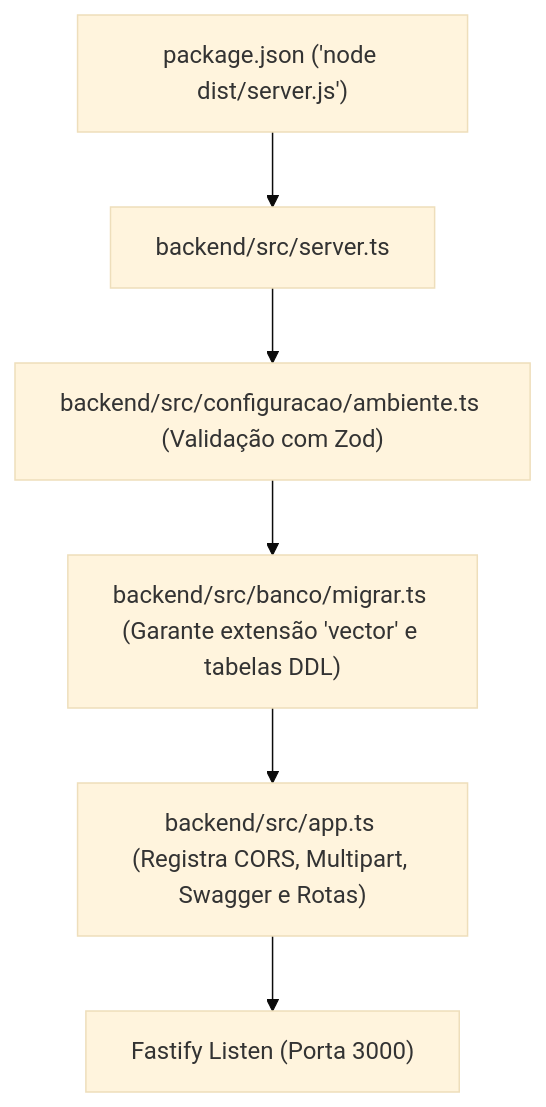
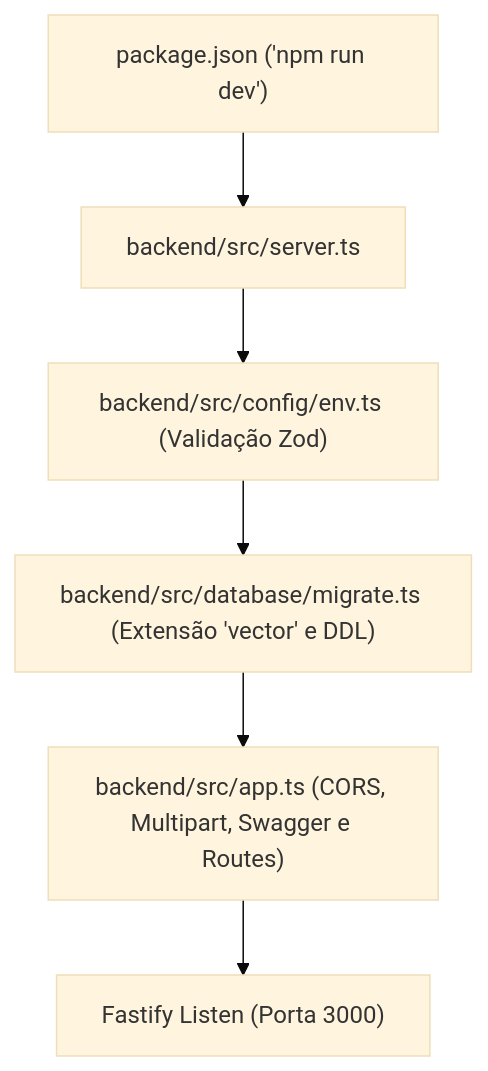
Before and after one commit to MatheusRafaDev/doc-mind: the first of 4 diagrams in docs/MAPA_DE_EXECUCAO.md, drawn with Mermaid (base theme). The commit also changed other lines of this file and 65 other files, not shown here.

Commit message:
refactor: padroniza nomes de arquivos e pastas para o padrao internacional em ingles (config, database, modules, routes, providers, utils, components, types)

````diff
--- a/docs/MAPA_DE_EXECUCAO.md
+++ b/docs/MAPA_DE_EXECUCAO.md
@@ -60,8 +64,8 @@
 ```mermaid
 flowchart TD
-    A["package.json ('node dist/server.js')"] --> B["backend/src/server.ts"]
-    B --> C["backend/src/configuracao/ambiente.ts (Validação com Zod)"]
-    C --> D["backend/src/banco/migrar.ts (Garante extensão 'vector' e tabelas DDL)"]
-    D --> E["backend/src/app.ts (Registra CORS, Multipart, Swagger e Rotas)"]
+    A["package.json ('npm run dev')"] --> B["backend/src/server.ts"]
+    B --> C["backend/src/config/env.ts (Validação Zod)"]
+    C --> D["backend/src/database/migrate.ts (Extensão 'vector' e DDL)"]
+    D --> E["backend/src/app.ts (CORS, Multipart, Swagger e Routes)"]
     E --> F["Fastify Listen (Porta 3000)"]
 ```
````
